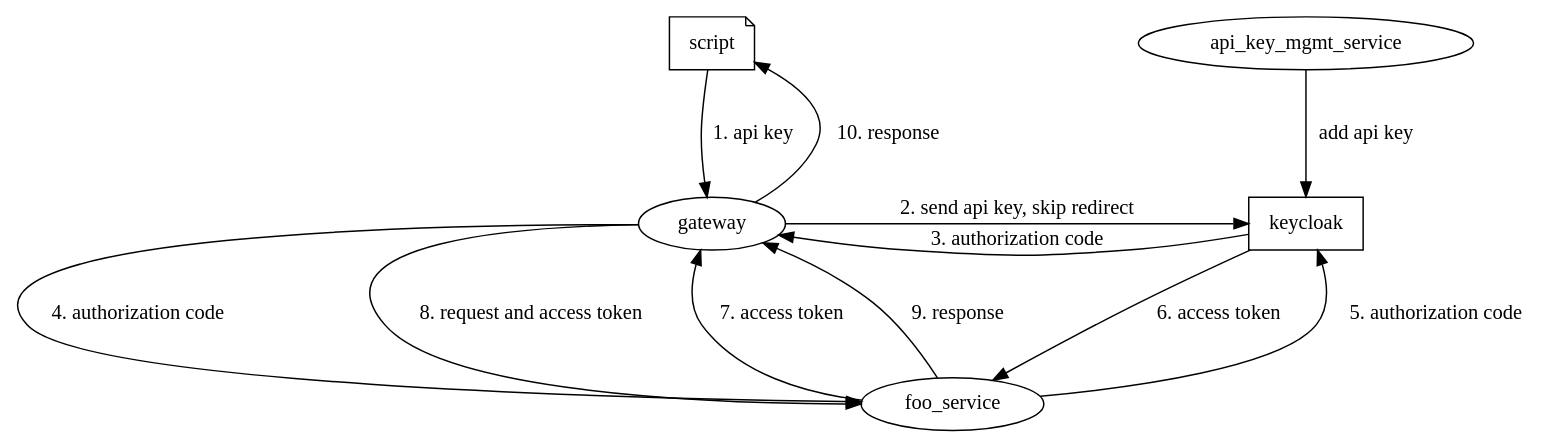
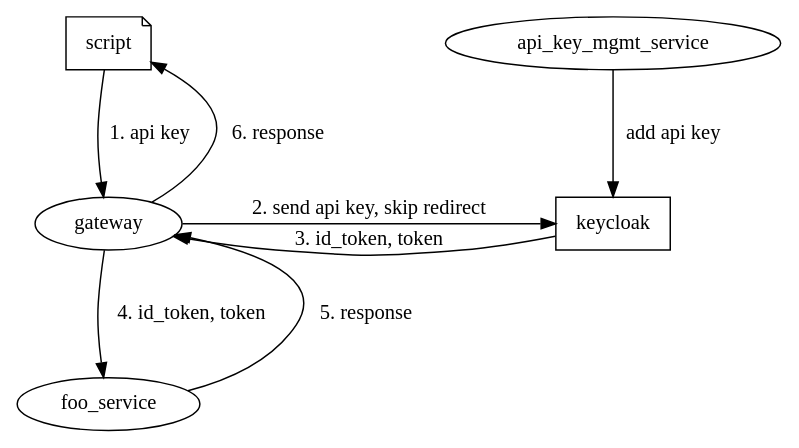
Before and after one commit to ackerleytng/auth-mechanisms: the diagram in api-keys-keycloak.dot, drawn with Graphviz. The commit also changed 2 other files, not shown here.

Commit message:
Use implicit flow instead of authorization code flow

```diff
--- a/api-keys-keycloak.dot
+++ b/api-keys-keycloak.dot
@@ -1,29 +1,23 @@
 digraph {
     graph [nodesep=0.7, ranksep=1]
     script -> gateway [label="1. api key", weight=2]
 
     gateway -> keycloak [label="2. send api key, skip redirect"]
-    keycloak -> gateway [label="3. authorization code"]
+    keycloak -> gateway [label="3. id_token, token"]
 
-    gateway -> foo_service [label="4. authorization code", weight=2]
+    gateway -> foo_service [label="4. id_token, token", weight=2]
 
-    foo_service -> keycloak [label="5. authorization code", weight=3]
-    keycloak -> foo_service [label="6. access token"]
+    foo_service -> gateway [label="5. response"]
 
-    foo_service -> gateway [label="7. access token"]
-    gateway -> foo_service [label="8. request and access token"]
-
-    foo_service -> gateway [label="9. response"]
-
-    gateway -> script [label="10. response"]
+    gateway -> script [label="6. response"]
 
     api_key_mgmt_service -> keycloak [label="add api key"]
 
     script [shape="note"]
     keycloak [shape="rect"]
     {
         rank=same
         gateway
         keycloak
     }
 }
```
